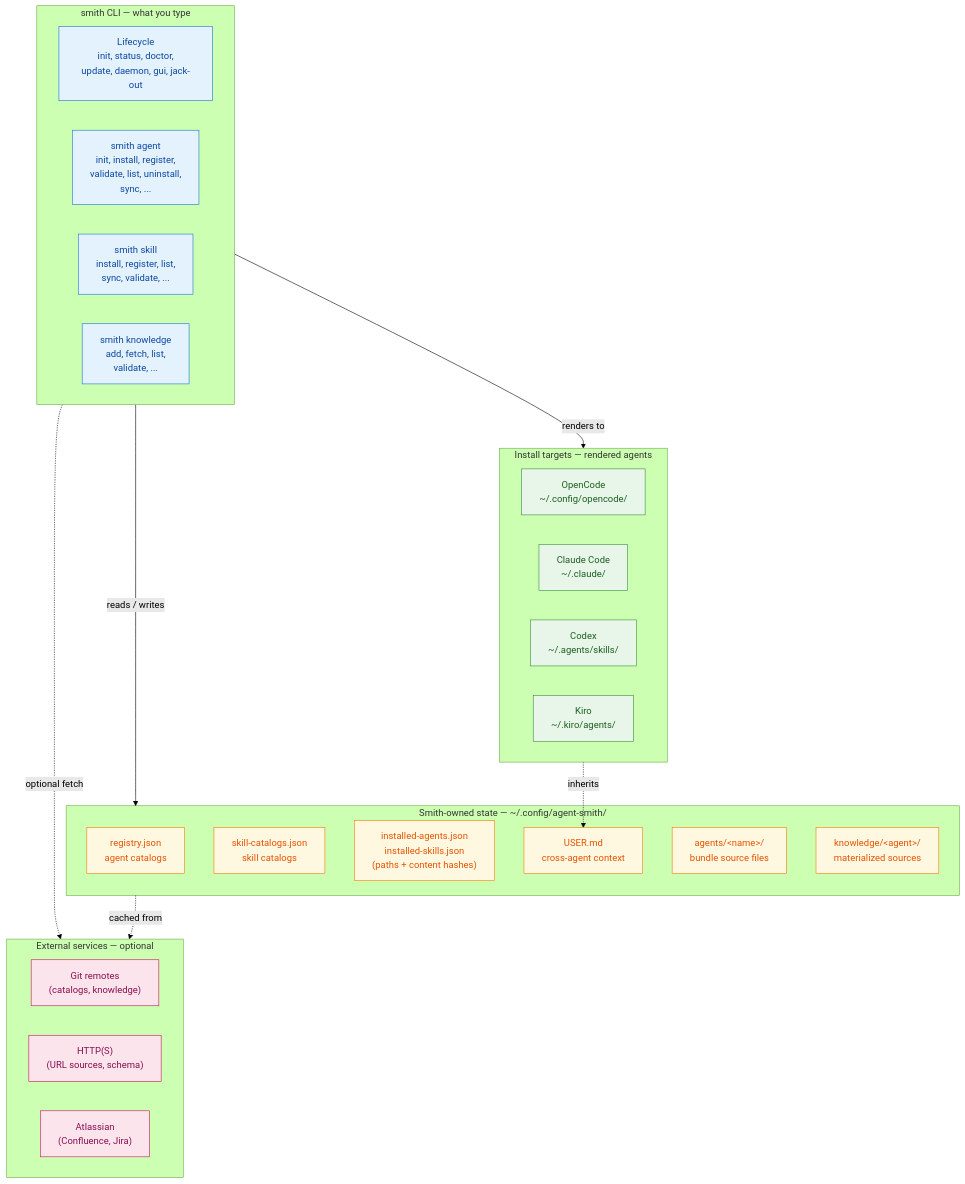
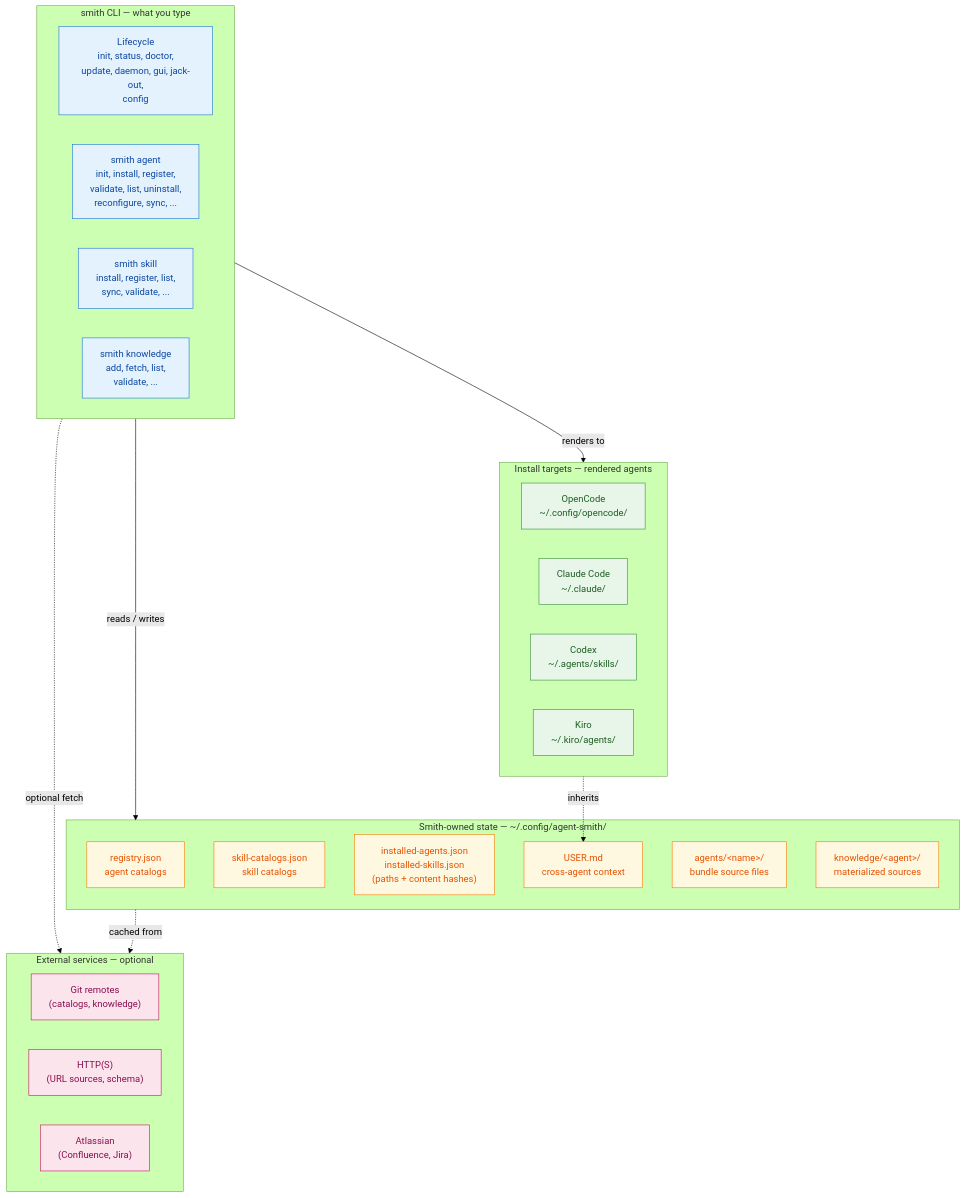
One commit to eliharoun/agent-smith changed the first of 3 diagrams in ARCHITECTURE.md. Above: the diagram before and after it, drawn with Mermaid (forest theme). The commit also changed other lines of this file and 20 other files, not shown here.

First line of the commit message:
docs: fix doc/code drift across guides, cheatsheet, README, architecture

````diff
--- a/ARCHITECTURE.md
+++ b/ARCHITECTURE.md
@@ -36,46 +36,46 @@
 ```mermaid
 flowchart TB
     subgraph CLI["smith CLI — what you type"]
-        L["Lifecycle<br/>init, status, doctor,<br/>update, daemon, gui, jack-out"]
-        A["smith agent<br/>init, install, register,<br/>validate, list, uninstall,<br/>sync, ..."]
+        L["Lifecycle<br/>init, status, doctor,<br/>update, daemon, gui, jack-out,<br/>config"]
+        A["smith agent<br/>init, install, register,<br/>validate, list, uninstall,<br/>reconfigure, sync, ..."]
         S["smith skill<br/>install, register, list,<br/>sync, validate, ..."]
         K["smith knowledge<br/>add, fetch, list,<br/>validate, ..."]
     end
 
     subgraph State["Smith-owned state — ~/.config/agent-smith/"]
         Reg["registry.json<br/>agent catalogs"]
         SReg["skill-catalogs.json<br/>skill catalogs"]
         Manifest["installed-agents.json<br/>installed-skills.json<br/>(paths + content hashes)"]
         UserMD["USER.md<br/>cross-agent context"]
         Bundles["agents/&lt;name&gt;/<br/>bundle source files"]
         Knowledge["knowledge/&lt;agent&gt;/<br/>materialized sources"]
     end
 
     subgraph Targets["Install targets — rendered agents"]
         OC["OpenCode<br/>~/.config/opencode/"]
         CC["Claude Code<br/>~/.claude/"]
         CX["Codex<br/>~/.agents/skills/"]
         KR["Kiro<br/>~/.kiro/agents/"]
     end
 
     subgraph External["External services — optional"]
         Git["Git remotes<br/>(catalogs, knowledge)"]
         Web["HTTP(S)<br/>(URL sources, schema)"]
         Atlassian["Atlassian<br/>(Confluence, Jira)"]
     end
 
     CLI -->|reads / writes| State
     CLI -->|renders to| Targets
     CLI -.->|optional fetch| External
     State -.->|cached from| External
     Targets -.->|inherits| UserMD
 
     classDef cli fill:#e3f2fd,stroke:#1976d2,color:#0d47a1
     classDef state fill:#fff8e1,stroke:#f57c00,color:#e65100
     classDef target fill:#e8f5e9,stroke:#388e3c,color:#1b5e20
     classDef ext fill:#fce4ec,stroke:#c2185b,color:#880e4f
     class L,A,S,K cli
     class Reg,SReg,Manifest,UserMD,Bundles,Knowledge state
     class OC,CC,CX,KR target
     class Git,Web,Atlassian ext
 ```
````
